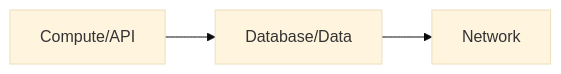
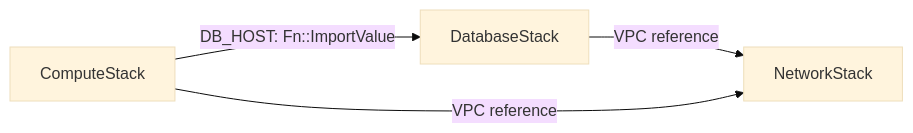
Before and after one commit to proton0210/aws-cdk-cyclic-dependency-patterns: the first of 2 diagrams in README.md, drawn with Mermaid (base theme). The commit also changed other lines of this file and 15 other files, not shown here.

````diff
--- a/README.md
+++ b/README.md
@@ -22,5 +34,6 @@
 ```mermaid
 flowchart LR
-  Api[Compute/API] --> Data[Database/Data]
-  Data --> Network[Network]
+  Compute[ComputeStack] -->|DB_HOST: Fn::ImportValue| Database[DatabaseStack]
+  Database -->|VPC reference| Network[NetworkStack]
+  Compute -->|VPC reference| Network
 ```
````
